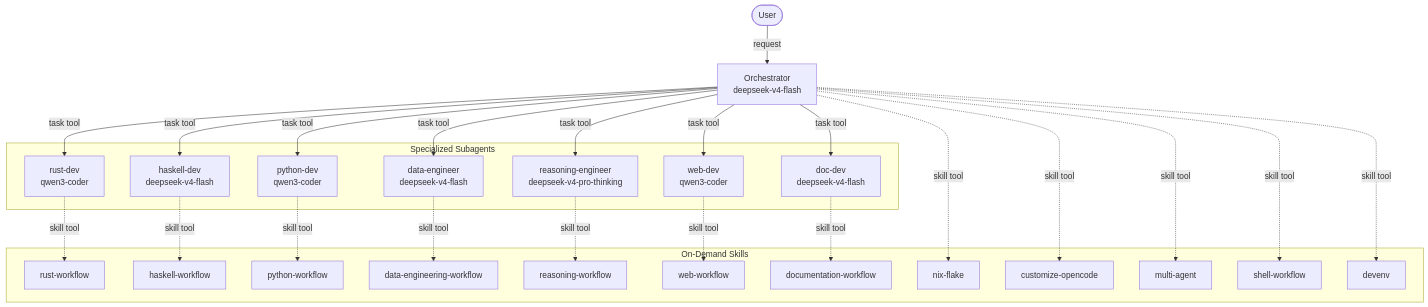
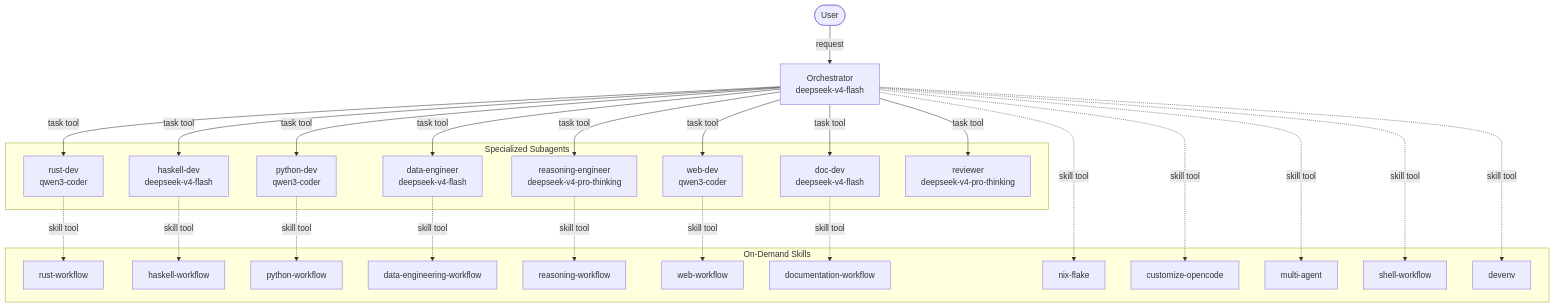
The diagram in README.org (Dietr1ch/mttm), drawn with Mermaid before and after one commit. The commit also changed other lines of this file and 3 other files, not shown here.

```diff
--- a/README.org
+++ b/README.org
@@ -45,50 +46,52 @@
 #+begin_src mermaid :file .img/architecture.png :width 1024px :exports both
   flowchart TB
       User([User]) -->|request| ORC[Orchestrator<br/>deepseek-v4-flash]
 
       subgraph Subagents [Specialized Subagents]
           RS[rust-dev<br/>qwen3-coder]
           HS[haskell-dev<br/>deepseek-v4-flash]
           PY[python-dev<br/>qwen3-coder]
           DE[data-engineer<br/>deepseek-v4-flash]
           RE[reasoning-engineer<br/>deepseek-v4-pro-thinking]
           WB[web-dev<br/>qwen3-coder]
           DD[doc-dev<br/>deepseek-v4-flash]
+          RV[reviewer<br/>deepseek-v4-pro-thinking]
       end
 
       ORC -->|task tool| RS
       ORC -->|task tool| HS
       ORC -->|task tool| PY
       ORC -->|task tool| DE
       ORC -->|task tool| RE
       ORC -->|task tool| WB
       ORC -->|task tool| DD
+      ORC -->|task tool| RV
 
       subgraph Skills [On-Demand Skills]
           SK1[rust-workflow]
           SK2[haskell-workflow]
           SK3[python-workflow]
           SK4[data-engineering-workflow]
           SK5[reasoning-workflow]
           SK6[web-workflow]
           SK7[shell-workflow]
           SK8[nix-flake]
           SK9[customize-opencode]
           SK10[multi-agent]
           SK11[documentation-workflow]
           SK12[devenv]
       end
 
       RS -.->|skill tool| SK1
       HS -.->|skill tool| SK2
       PY -.->|skill tool| SK3
       DE -.->|skill tool| SK4
       RE -.->|skill tool| SK5
       WB -.->|skill tool| SK6
       DD -.->|skill tool| SK11
       ORC -.->|skill tool| SK8
       ORC -.->|skill tool| SK9
       ORC -.->|skill tool| SK10
       ORC -.->|skill tool| SK7
       ORC -.->|skill tool| SK12
 #+end_src
```
